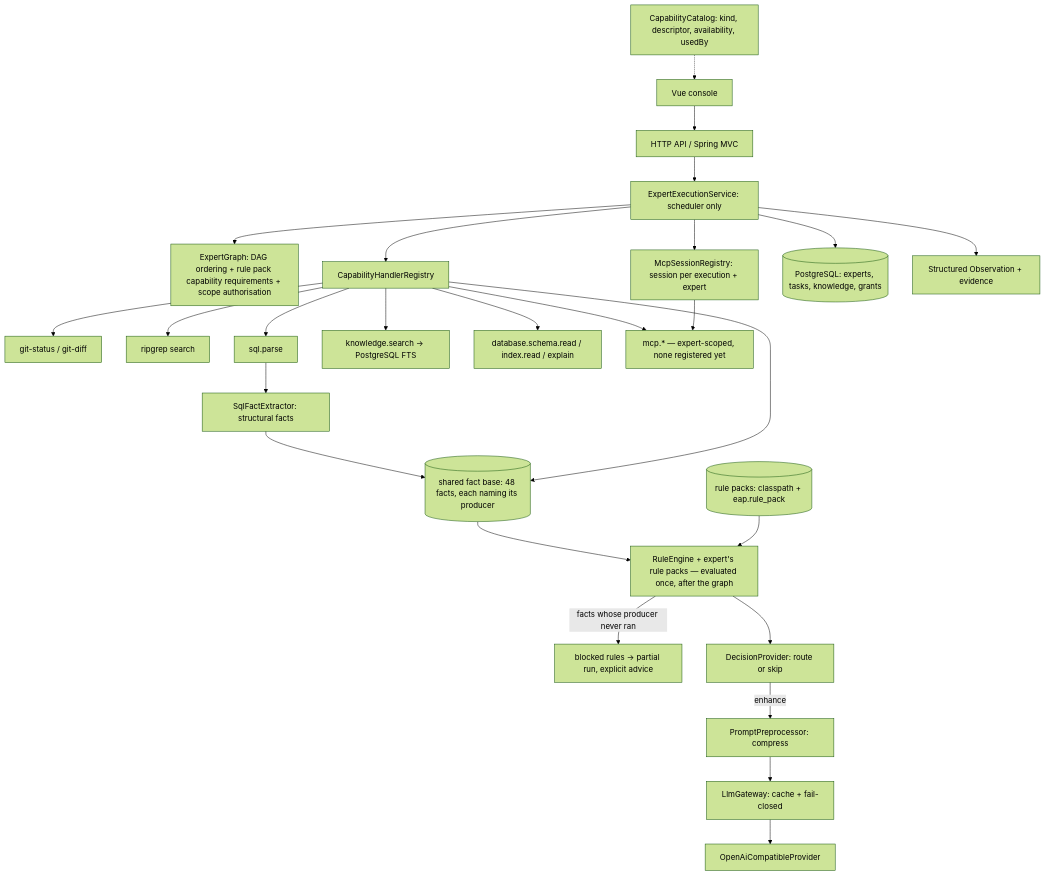
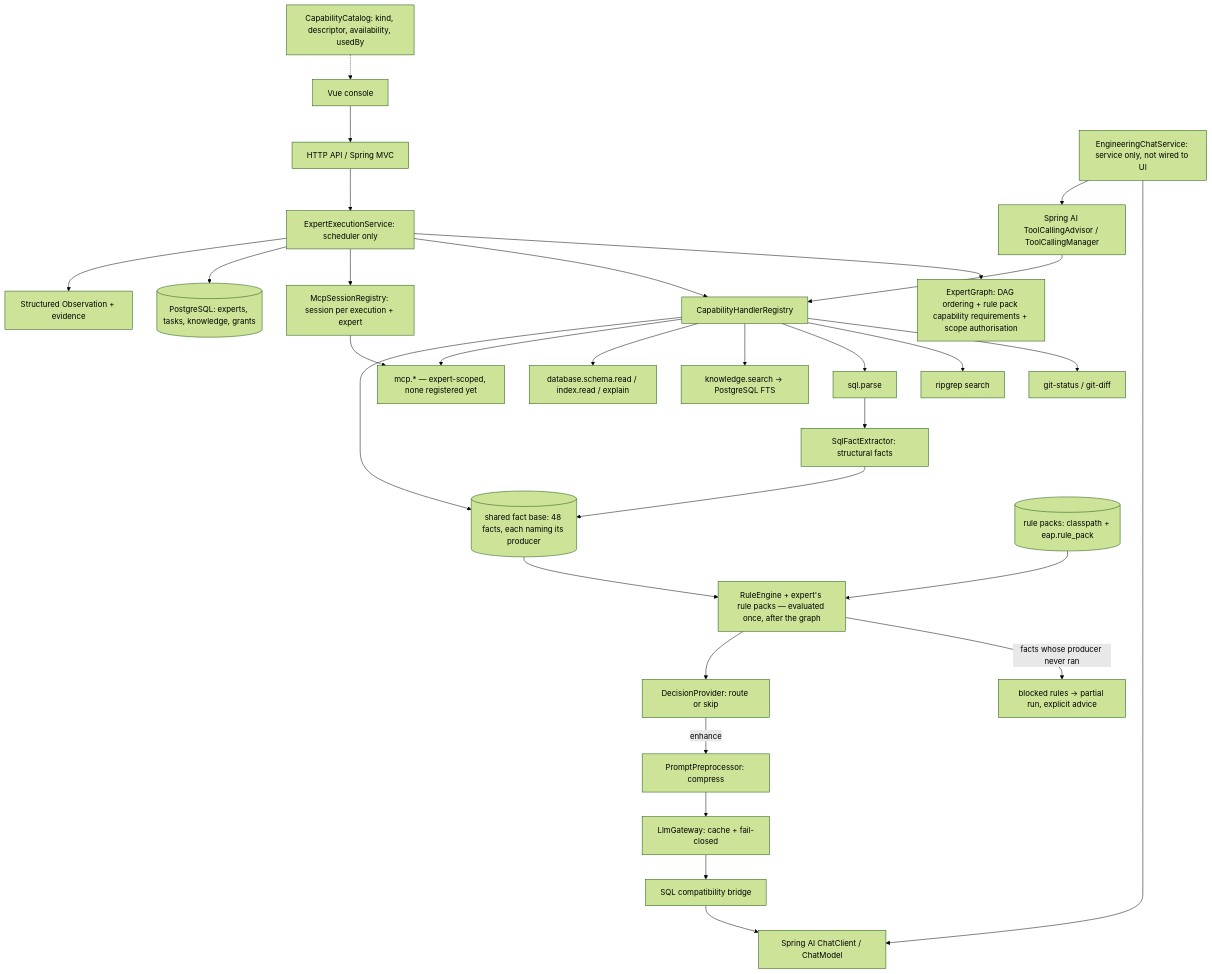
One commit to LiaoHan5426/Engineering-Automation-Platform changed the first of 2 diagrams in docs/architecture.md. Above: the diagram before and after it, drawn with Mermaid (forest theme). The commit also changed other lines of this file and 71 other files, not shown here.

````diff
--- a/docs/architecture.md
+++ b/docs/architecture.md
@@ -40,28 +40,32 @@
 ```mermaid
 flowchart TB
   UI[Vue console] --> API[HTTP API / Spring MVC]
   API --> Exec[ExpertExecutionService: scheduler only]
   Exec --> Graph[ExpertGraph: DAG ordering + rule pack capability requirements + scope authorisation]
   Exec --> Handlers[CapabilityHandlerRegistry]
   Handlers --> Git[git-status / git-diff]
   Handlers --> RG[ripgrep search]
   Handlers --> Sql[sql.parse]
   Handlers --> KB[knowledge.search → PostgreSQL FTS]
   Handlers --> Db[database.schema.read / index.read / explain]
   Handlers --> Mcp[mcp.* — expert-scoped, none registered yet]
   Exec --> Sessions[McpSessionRegistry: session per execution + expert]
   Sessions --> Mcp
   Sql --> Extractor[SqlFactExtractor: structural facts]
   Extractor --> FactBase[(shared fact base: 48 facts, each naming its producer)]
   Handlers --> FactBase
   FactBase --> Rules[RuleEngine + expert's rule packs — evaluated once, after the graph]
   Rules -->|facts whose producer never ran| Blocked[blocked rules → partial run, explicit advice]
   Rules --> Decision[DecisionProvider: route or skip]
   Decision -->|enhance| Pre[PromptPreprocessor: compress]
   Pre --> GW[LlmGateway: cache + fail-closed]
-  GW --> Prov[OpenAiCompatibleProvider]
+  GW --> Prov[SQL compatibility bridge]
+  Prov --> SpringAI[Spring AI ChatClient / ChatModel]
+  ChatService[EngineeringChatService: service only, not wired to UI] --> SpringAI
+  ChatService --> Tools[Spring AI ToolCallingAdvisor / ToolCallingManager]
+  Tools --> Handlers
   Packs[(rule packs: classpath + eap.rule_pack)] --> Rules
   Catalog[CapabilityCatalog: kind, descriptor, availability, usedBy] -.-> UI
   Exec --> Store[(PostgreSQL: experts, tasks, knowledge, grants)]
   Exec --> Obs[Structured Observation + evidence]
 ```
````
